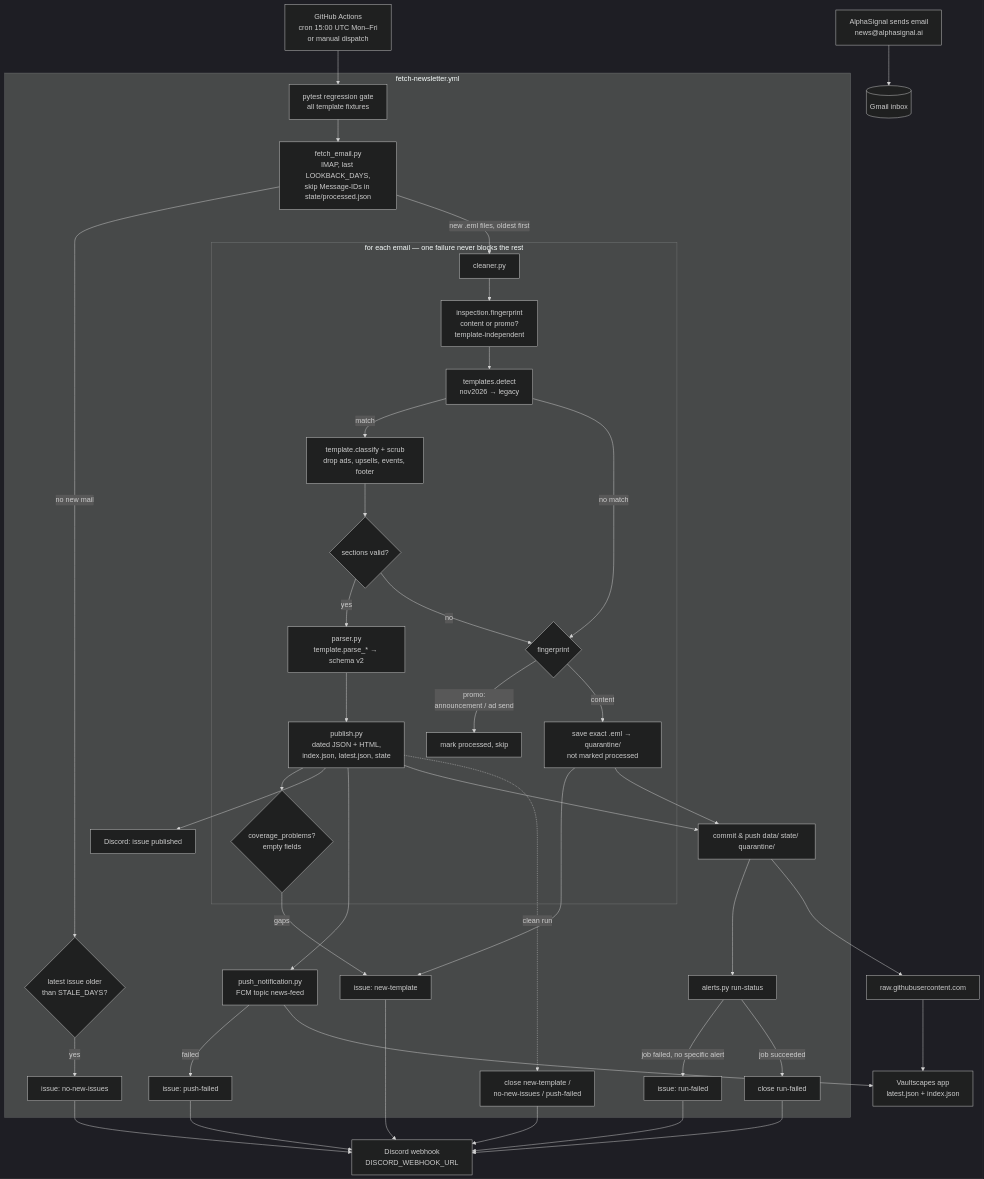
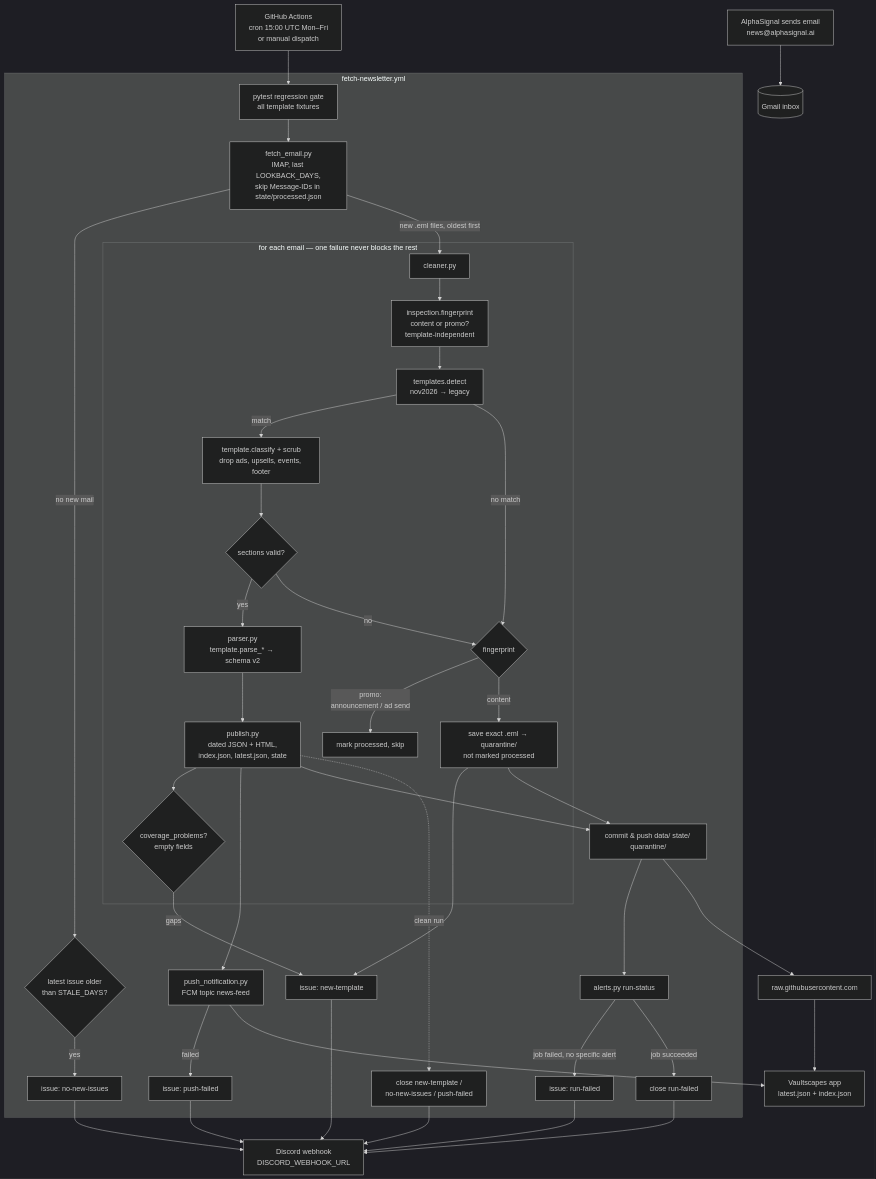
The diagram in README.md (mantavyam/vaultscapes-newsletter), drawn with Mermaid (dark theme) before and after one commit. The commit also changed other lines of this file and 4 other files, not shown here.

````diff
--- a/README.md
+++ b/README.md
@@ -11,43 +11,42 @@
 ```mermaid
 flowchart TD
     A[AlphaSignal sends email<br/>news@alphasignal.ai] --> B[(Gmail inbox)]
     CRON[GitHub Actions<br/>cron 15:00 UTC Mon–Fri<br/>or manual dispatch] --> T
 
     subgraph CI[fetch-newsletter.yml]
         T[pytest regression gate<br/>all template fixtures] --> F
         F[fetch_email.py<br/>IMAP, last LOOKBACK_DAYS,<br/>skip Message-IDs in state/processed.json] -->|no new mail| STALE{latest issue older<br/>than STALE_DAYS?}
         F -->|new .eml files, oldest first| C
 
         subgraph PER[for each email — one failure never blocks the rest]
             C[cleaner.py] --> FP[inspection.fingerprint<br/>content or promo?<br/>template-independent]
             FP --> D[templates.detect<br/>nov2026 → legacy]
             D -->|match| K[template.classify + scrub<br/>drop ads, upsells, events, footer]
             K --> V{sections valid?}
             V -->|yes| P[parser.py<br/>template.parse_* → schema v2]
             D -->|no match| W{fingerprint}
             V -->|no| W
             W -->|promo:<br/>announcement / ad send| SKIP[mark processed, skip]
             W -->|content| Q[save exact .eml → quarantine/<br/>not marked processed]
             P --> PUB[publish.py<br/>dated JSON + HTML,<br/>index.json, latest.json, state]
             PUB --> COV{coverage_problems?<br/>empty fields}
         end
 
-        PUB --> ANN[Discord: issue published]
         PUB --> FCM[push_notification.py<br/>FCM topic news-feed]
         Q --> I1[issue: new-template]
         COV -->|gaps| I1
         STALE -->|yes| I3[issue: no-new-issues]
         FCM -->|failed| I4[issue: push-failed]
         PUB --> GIT[commit & push data/ state/ quarantine/]
         Q --> GIT
         GIT --> RS[alerts.py run-status]
         RS -->|job failed, no specific alert| I2[issue: run-failed]
         RS -->|job succeeded| CL[close run-failed]
         PUB -.clean run.-> CL2[close new-template /<br/>no-new-issues / push-failed]
     end
 
     I1 & I2 & I3 & I4 & CL & CL2 --> DIS[Discord webhook<br/>DISCORD_WEBHOOK_URL]
     GIT --> RAW[raw.githubusercontent.com]
     RAW --> APP[Vaultscapes app<br/>latest.json + index.json]
     FCM --> APP
 ```
````
